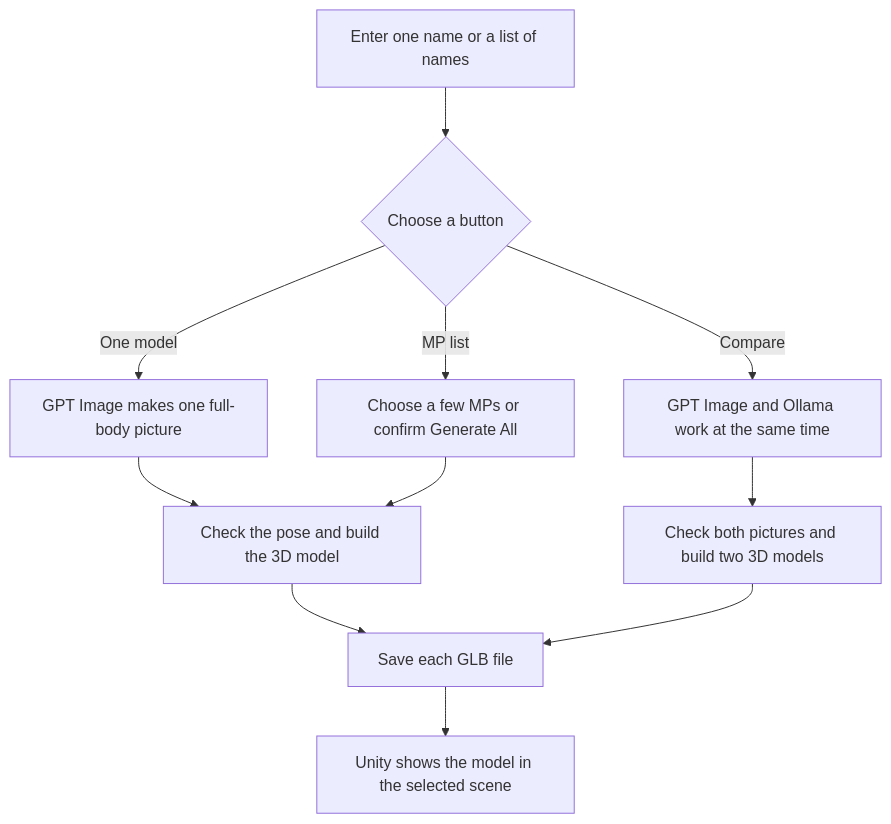
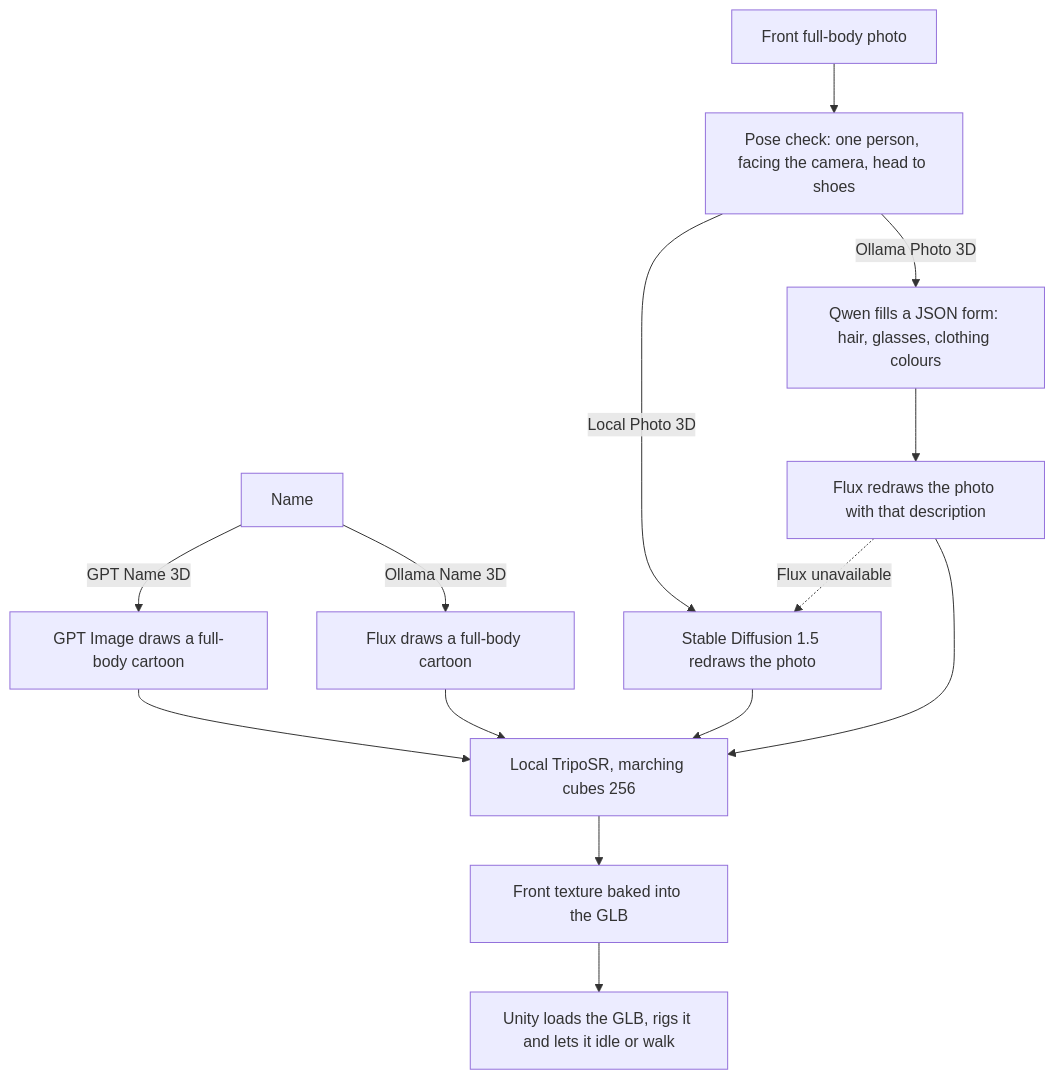
The diagram in Test/README.md (JiAXiAnGYaN/6-meta-avatar-llm), drawn with Mermaid before and after one commit. The commit also changed other lines of this file and 5 other files, not shown here.

````diff
--- a/Test/README.md
+++ b/Test/README.md
@@ -9,13 +7,16 @@
 ```mermaid
 flowchart TD
-    A["Enter one name or a list of names"] --> B{"Choose a button"}
-    B -->|One model| C["GPT Image makes one full-body picture"]
-    B -->|Compare| D["GPT Image and Ollama work at the same time"]
-    B -->|MP list| E["Choose a few MPs or confirm Generate All"]
-    C --> F["Check the pose and build the 3D model"]
-    D --> G["Check both pictures and build two 3D models"]
-    E --> F
-    F --> H["Save each GLB file"]
-    G --> H
-    H --> I["Unity shows the model in the selected scene"]
+    N["Name"] -->|GPT Name 3D| G["GPT Image draws a full-body cartoon"]
+    N -->|Ollama Name 3D| F1["Flux draws a full-body cartoon"]
+    P["Front full-body photo"] --> V["Pose check: one person, facing the camera, head to shoes"]
+    V -->|Local Photo 3D| S["Stable Diffusion 1.5 redraws the photo"]
+    V -->|Ollama Photo 3D| Q["Qwen fills a JSON form: hair, glasses, clothing colours"]
+    Q --> F2["Flux redraws the photo with that description"]
+    F2 -. "Flux unavailable" .-> S
+    G --> T["Local TripoSR, marching cubes 256"]
+    F1 --> T
+    S --> T
+    F2 --> T
+    T --> B["Front texture baked into the GLB"]
+    B --> U["Unity loads the GLB, rigs it and lets it idle or walk"]
 ```
````
